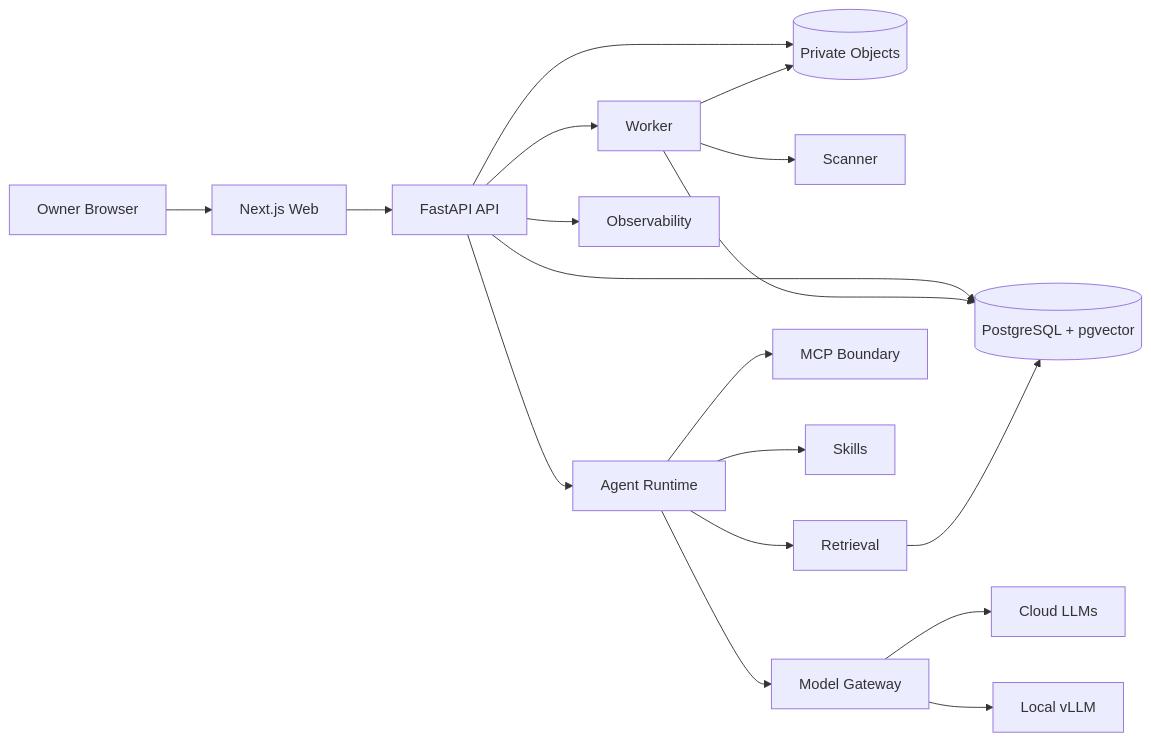
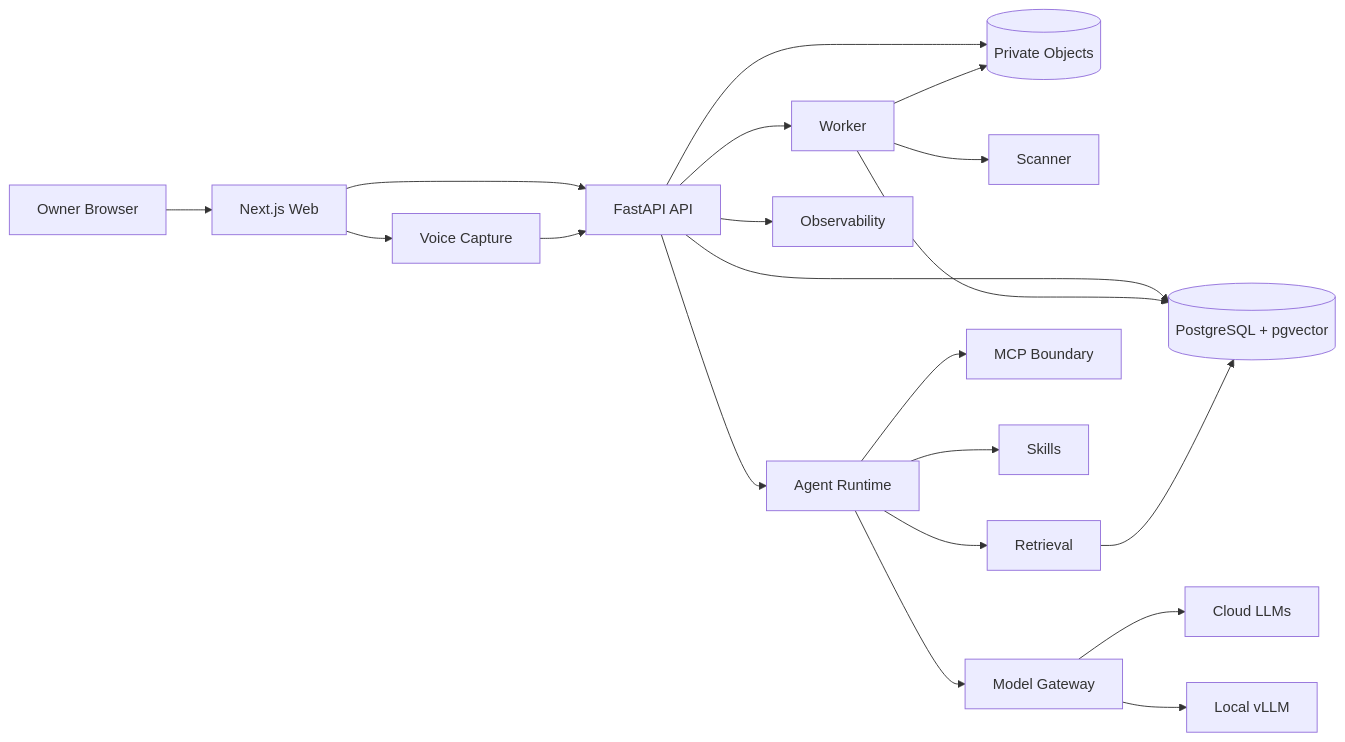
The first of 3 diagrams in README.md (GregB712/Loomi-Brain), drawn with Mermaid before and after one commit. The commit also changed other lines of this file and 36 other files, not shown here.

````diff
--- a/README.md
+++ b/README.md
@@ -21,20 +22,22 @@
 ```mermaid
 flowchart LR
   Owner[Owner Browser] --> Web[Next.js Web]
   Web --> API[FastAPI API]
   API --> DB[(PostgreSQL + pgvector)]
   API --> Objects[(Private Objects)]
   API --> Worker[Worker]
   Worker --> DB
   Worker --> Objects
   Worker --> Scan[Scanner]
   API --> Agent[Agent Runtime]
   Agent --> Retrieval[Retrieval]
   Retrieval --> DB
   Agent --> Models[Model Gateway]
   Models --> Cloud[Cloud LLMs]
   Models --> Local[Local vLLM]
   Agent --> MCP[MCP Boundary]
   Agent --> Skills[Skills]
   API --> Obs[Observability]
+  Web --> Voice[Voice Capture]
+  Voice --> API
 ```
````
